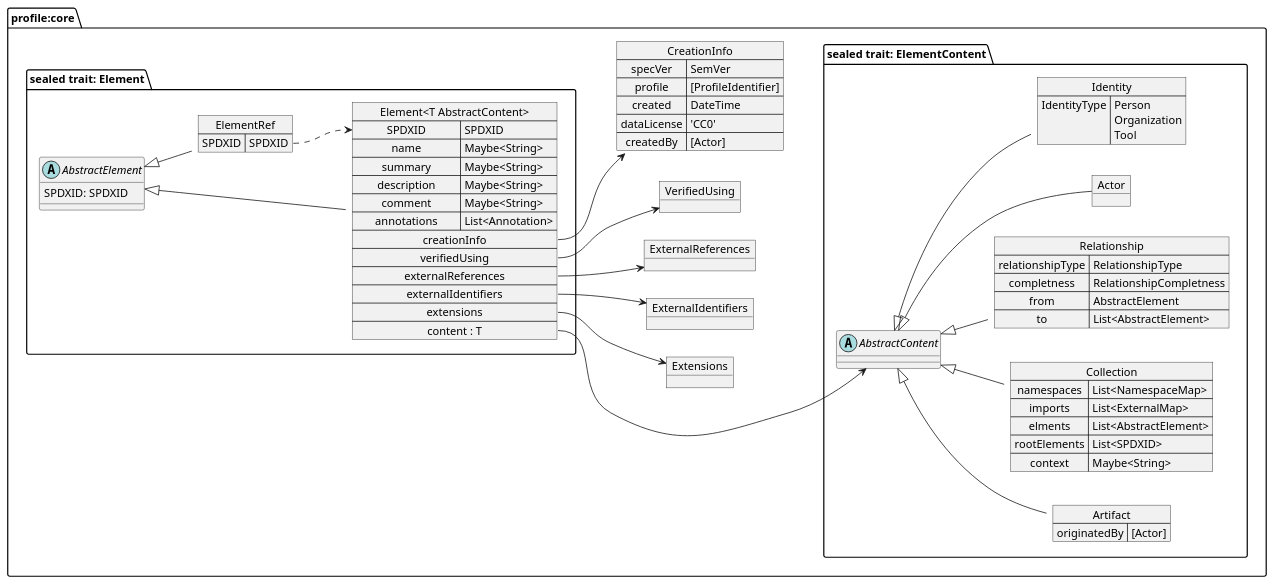
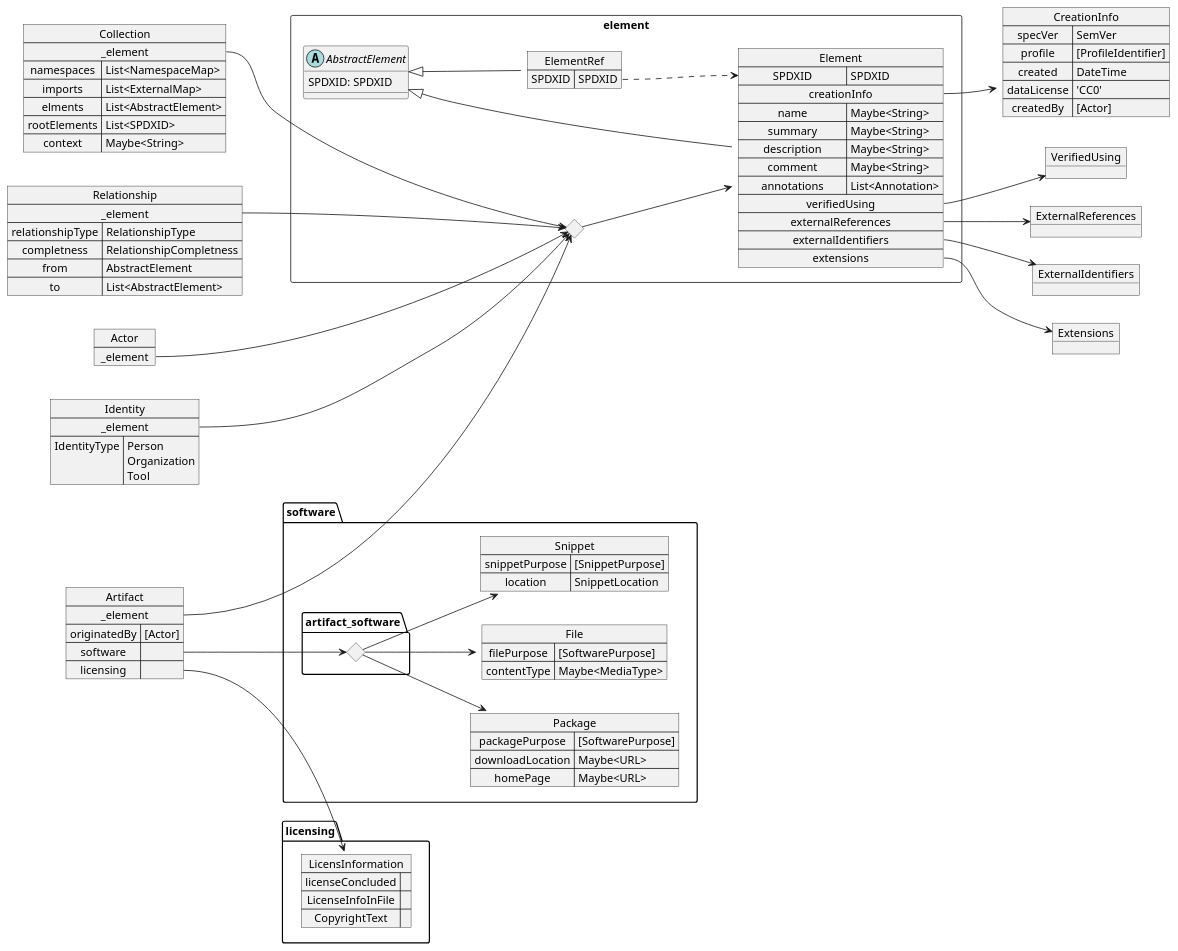
The diagram in model.puml (maxhbr/spdx-3-model.compositional), drawn with PlantUML before and after one commit. The commit also changed 1 other file, not shown here.

```diff
--- a/model.puml
+++ b/model.puml
@@ -1,113 +1,133 @@
 @startuml
 left to right direction
-package profile:core {
-    package "sealed trait: Element" as element {
-        abstract AbstractElement
-        AbstractElement : SPDXID: SPDXID
+
+map CreationInfo {
+    specVer => SemVer
+    profile => [ProfileIdentifier]
+    created => DateTime
+    dataLicense => 'CC0'
+    createdBy => [Actor]
+}
+object VerifiedUsing
+object ExternalReferences
+object ExternalIdentifiers
+object Extensions
+rectangle element {
+    abstract AbstractElement
+    AbstractElement : SPDXID: SPDXID
+    map Element {
+        SPDXID => SPDXID
+        creationInfo *--> CreationInfo
+        name => Maybe<String>
+        summary => Maybe<String>
+        description => Maybe<String>
+        comment => Maybe<String>
+        annotations => List<Annotation>
+        verifiedUsing *--> VerifiedUsing
+        externalReferences *--> ExternalReferences
+        externalIdentifiers *--> ExternalIdentifiers
+        extensions *--> Extensions
     }
+    AbstractElement <|--- Element
+    map ElementRef {
+        SPDXID => SPDXID
+    }
+    AbstractElement <|- ElementRef
+    ElementRef::SPDXID .> Element::SPDXID
+    diamond dia
+    dia --> Element
+}
 
-    package "sealed trait: ElementContent" as elementContent {
-        abstract AbstractContent
-    }
+map Artifact {
+    _element *---> element.dia
+    originatedBy => [Actor]
+    software =>
+    licensing =>
+}
 
-    map CreationInfo {
-        specVer => SemVer
-        profile => [ProfileIdentifier]
-        created => DateTime
-        dataLicense => 'CC0'
-        createdBy => [Actor]
-    }
-    object VerifiedUsing
-    object ExternalReferences
-    object ExternalIdentifiers
-    object Extensions
-    package element {
-        map "Element<T AbstractContent>" as Element {
-            SPDXID => SPDXID
-            name => Maybe<String>
-            summary => Maybe<String>
-            description => Maybe<String>
-            comment => Maybe<String>
-            annotations => List<Annotation>
-            creationInfo *--> profile:core.CreationInfo
-            verifiedUsing *--> profile:core.VerifiedUsing
-            externalReferences *--> profile:core.ExternalReferences
-            externalIdentifiers *--> profile:core.ExternalIdentifiers
-            extensions *--> profile:core.Extensions
-            content : T *---> profile:core.elementContent.AbstractContent
-        }
-        AbstractElement <|--- Element
-        map ElementRef {
-            SPDXID => SPDXID
-        }
-        AbstractElement <|- ElementRef
-        ElementRef::SPDXID .> Element::SPDXID
-    }
+map Collection {
+    _element *---> element.dia
+    namespaces => List<NamespaceMap>
+    imports => List<ExternalMap>
+    elments => List<AbstractElement>
+    rootElements => List<SPDXID>
+    context => Maybe<String>
+}
 
-    package elementContent {
-        map Artifact {
-            originatedBy => [Actor]
-        }
-        AbstractContent <|-- Artifact
-        
-        map Collection {
-            namespaces => List<NamespaceMap>
-            imports => List<ExternalMap>
-            elments => List<AbstractElement>
-            rootElements => List<SPDXID>
-            context => Maybe<String>
-        }
-        AbstractContent <|-- Collection
+map Relationship {
+    _element *---> element.dia
+    relationshipType => RelationshipType
+    completness => RelationshipCompletness
+    from => AbstractElement
+    to => List<AbstractElement>
+}
 
-        map Relationship {
-            relationshipType => RelationshipType
-            completness => RelationshipCompletness
-            from => AbstractElement
-            to => List<AbstractElement>
-        }
-        AbstractContent <|-- Relationship
+map Actor {
+    _element *---> element.dia
+}
 
-        object Actor {
-        }
-        AbstractContent <|-- Actor
-
-
-        map Identity {
-            IdentityType => Person\nOrganization\nTool
-        }
-        AbstractContent <|-- Identity
-    }
+map Identity {
+    _element *---> element.dia
+    IdentityType => Person\nOrganization\nTool
 }
 
 
-' package profile:software {
+
+' package profile_software {
 '     map Package {
+'         _artifact *--> Artifact
 '         packagePurpose => [SoftwarePurpose]
 '         downloadLocation => Maybe<URL>
 '         homePage => Maybe<URL>
 '     }
-'     Artifact <|-- Package
 '     map File {
+'         _artifact *--> Artifact
 '         filePurpose => [SoftwarePurpose]
 '         contentType => Maybe<MediaType>
 '     }
-'     Artifact <|-- File
 '     Map Snippet {
+'         _artifact *--> Artifact
 '         snippetPurpose => [SnippetPurpose]
 '         location => SnippetLocation
 '     }
-'     Artifact <|-- Snippet
+'     map SBOM {
+'         _collection *--> Collection
+'     }
 ' }
-' package ElementContent {
-
-'     map Artifact {
-'         originatedBy => Actor
+' package profile_licensing {
+'     map profile_licensing.Package {
+'         _artifact *--> Artifact
 '     }
-'     contentDia -d-> Artifact
-'     map Collection {
-'         elments *---> elementDia
-'     }
-'     contentDia -d-> Collection
 ' }
 
+package software {
+    map Package {
+        packagePurpose => [SoftwarePurpose]
+        downloadLocation => Maybe<URL>
+        homePage => Maybe<URL>
+    }
+    map File {
+        filePurpose => [SoftwarePurpose]
+        contentType => Maybe<MediaType>
+    }
+    Map Snippet {
+        snippetPurpose => [SnippetPurpose]
+        location => SnippetLocation
+    }
+    diamond artifact_software.dia
+    artifact_software.dia --> Package
+    artifact_software.dia --> File
+    artifact_software.dia --> Snippet
+    Artifact::software --> artifact_software.dia
+}
+
+package licensing {
+    map LicensInformation {
+        licenseConcluded => 
+        LicenseInfoInFile =>
+        CopyrightText =>
+    }
+    Artifact::licensing --> LicensInformation
+}
+
 @enduml
```
